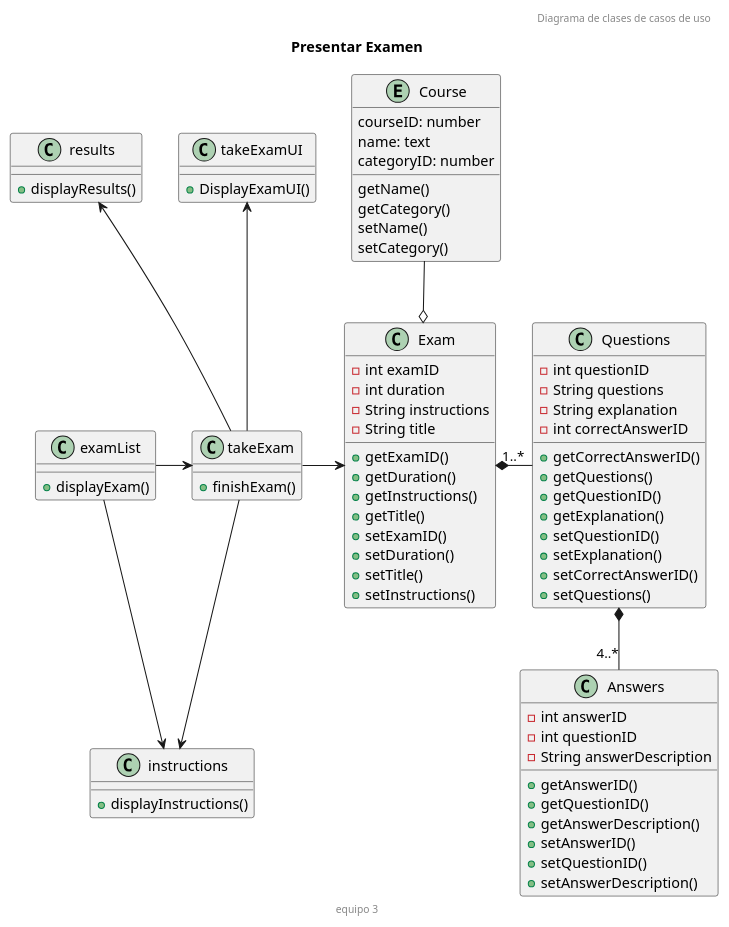
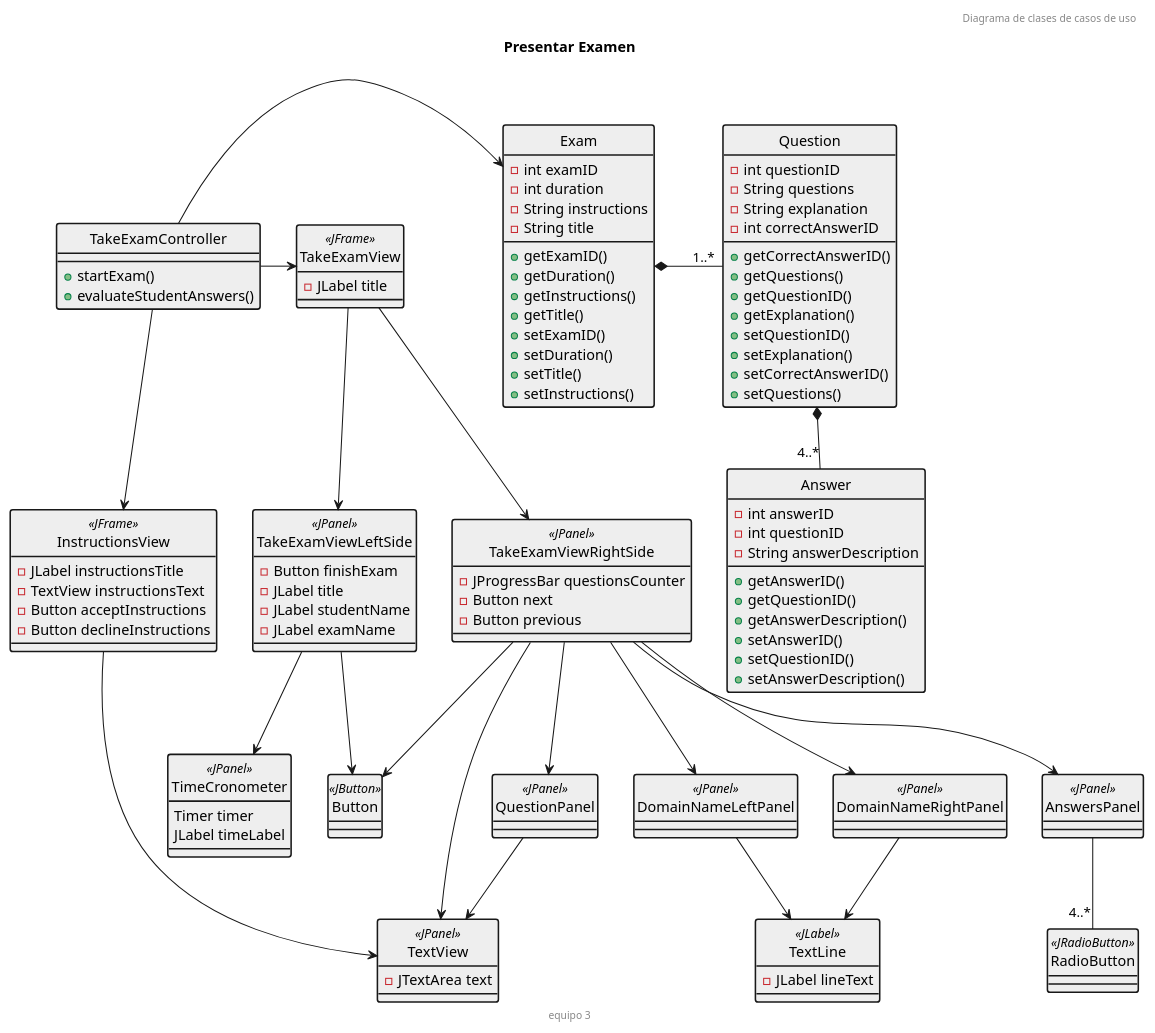
The diagram in diagramaClasesDeDiseño.plantuml (febres35/EdTech_IS), drawn with PlantUML before and after one commit. The commit also changed 2 other files, not shown here.

Commit message:
Cambios en el diagrama de clases de diseño Fue renombrado el diagrama de despliegue

```diff
--- a/diagramaClasesDeDiseño.plantuml
+++ b/diagramaClasesDeDiseño.plantuml
@@ -1,85 +1,137 @@
-@startuml
+@startuml "Diagrama de clases"
 header Diagrama de clases de casos de uso
 title  Presentar Examen 
 footer equipo 3
 
+skinparam style strictuml
+skinparam ClassBackGroundColor EEEEEE
+skinparam ClassBorderThickness 1.5
 
-class examList{
-    +displayExam()
-}
-class instructions{
-    +displayInstructions()
-}
-class results{
-    +displayResults()
+class InstructionsView <<JFrame>>{
+    -JLabel instructionsTitle
+    -TextView instructionsText
+    -Button acceptInstructions
+    -Button declineInstructions
 }
 
-class takeExam{
-    +finishExam()
+class Button <<JButton>>{
 }
 
-class takeExamUI{
-    +DisplayExamUI()
+class RadioButton <<JRadioButton>>{    
 }
+
+class TextView <<JPanel>>{
+    -JTextArea text
+}
+
+class TextLine <<JLabel>>{
+    -JLabel lineText
+}
+
+class TakeExamController{    
+    +startExam()
+    +evaluateStudentAnswers()
+}
+
+class TakeExamView <<JFrame>>{ 
+    -JLabel title   
+}
+
+class TakeExamViewLeftSide <<JPanel>>{
+    -Button finishExam
+    -JLabel title
+    -JLabel studentName
+    -JLabel examName
+
+}
+
+class TimeCronometer <<JPanel>>{
+    Timer timer
+    JLabel timeLabel
+}
+
+class TakeExamViewRightSide <<JPanel>>{
+    -JProgressBar questionsCounter
+    -Button next
+    -Button previous
+}
+
+class DomainNameLeftPanel<<JPanel>>{
+}
+
+class DomainNameRightPanel<<JPanel>>{
+}
+
+class QuestionPanel <<JPanel>>{
+    
+}
+
+class AnswersPanel <<JPanel>>{
+
+}
+
 class Exam{
     -int examID
     -int duration
     -String instructions
     -String title
     +getExamID()
     +getDuration()
     +getInstructions()
     +getTitle()
     +setExamID()
     +setDuration()
     +setTitle()
     +setInstructions()
 
 }
-entity Course{
-    courseID: number
-    name: text
-    categoryID: number
-    getName()
-    getCategory()
-    setName()
-    setCategory()
-}
-class Questions{
+
+class Question{
     -int questionID
     -String questions
     -String explanation
     -int correctAnswerID
     +getCorrectAnswerID()
     +getQuestions()
     +getQuestionID()
     +getExplanation()
     +setQuestionID()
     +setExplanation()
     +setCorrectAnswerID()
     +setQuestions()
 }
-class Answers{
+class Answer{
     -int answerID
     -int questionID
     -String answerDescription
     +getAnswerID()
     +getQuestionID()
     +getAnswerDescription()
     +setAnswerID()
     +setQuestionID()
     +setAnswerDescription() 
 }
 
-examList->takeExam
-takeExam->Exam
-takeExam-down->instructions
-takeExam-up->takeExamUI
-Exam *- "1..*" Questions
-Questions *-down- "4..*" Answers
-takeExam-up->results
-examList->instructions
+TakeExamController->Exam
+TakeExamController-down->InstructionsView
+InstructionsView-->TextView
+TakeExamController->TakeExamView
+TakeExamView-->TakeExamViewLeftSide
+TakeExamView-->TakeExamViewRightSide
+TakeExamViewRightSide-->TextView
+TakeExamViewRightSide-->QuestionPanel
+TakeExamViewRightSide-->AnswersPanel
+TakeExamViewRightSide-->DomainNameLeftPanel
+TakeExamViewRightSide-->DomainNameRightPanel
+TakeExamViewRightSide-->Button
+TakeExamViewLeftSide-->Button
+TakeExamViewLeftSide-->TimeCronometer
+DomainNameLeftPanel-->TextLine
+DomainNameRightPanel-->TextLine
+QuestionPanel-->TextView
+AnswersPanel--"4..*"RadioButton
+Exam *- "1..*" Question
+Question *-down- "4..*" Answer
 
-Course-down-o Exam
 
 @enduml
```
